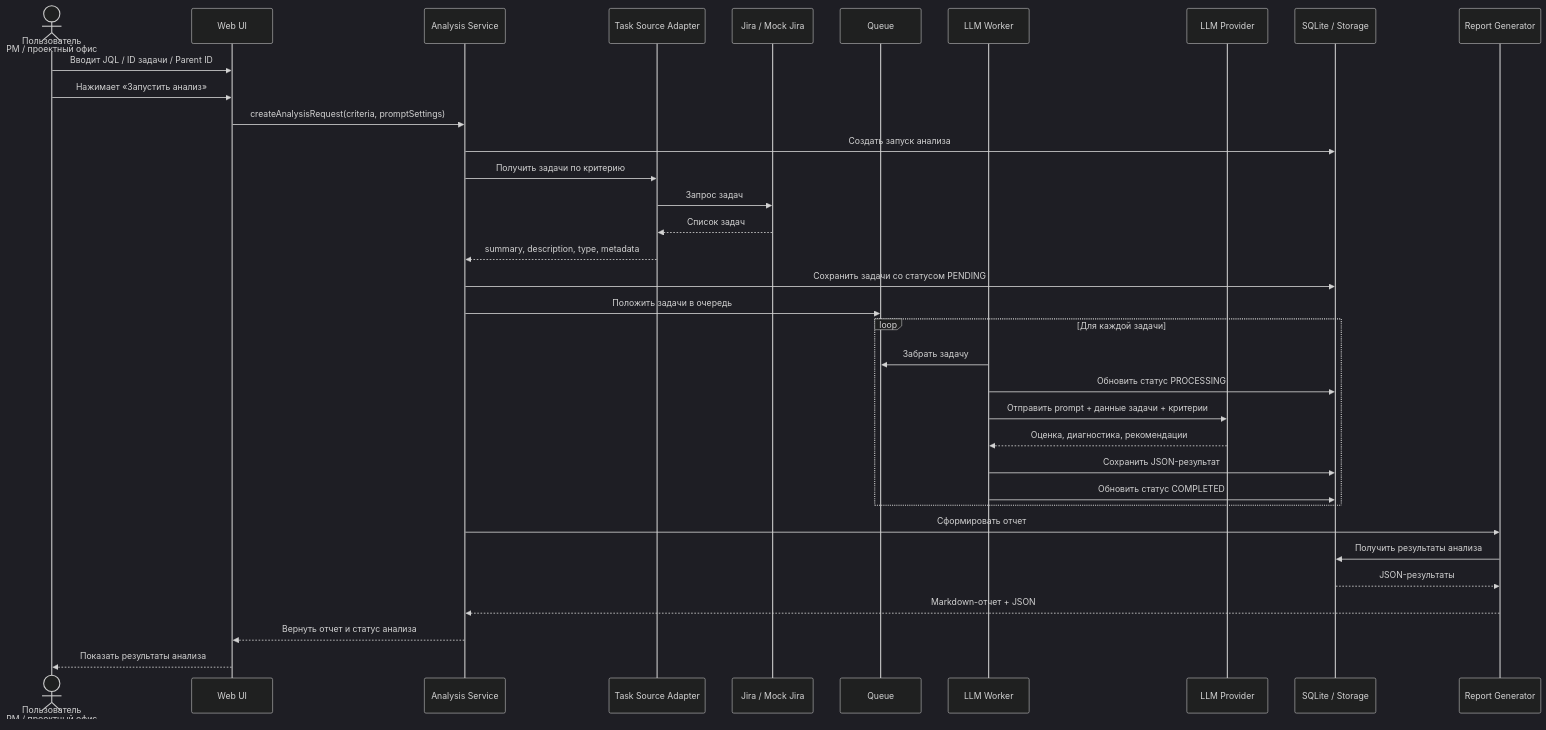
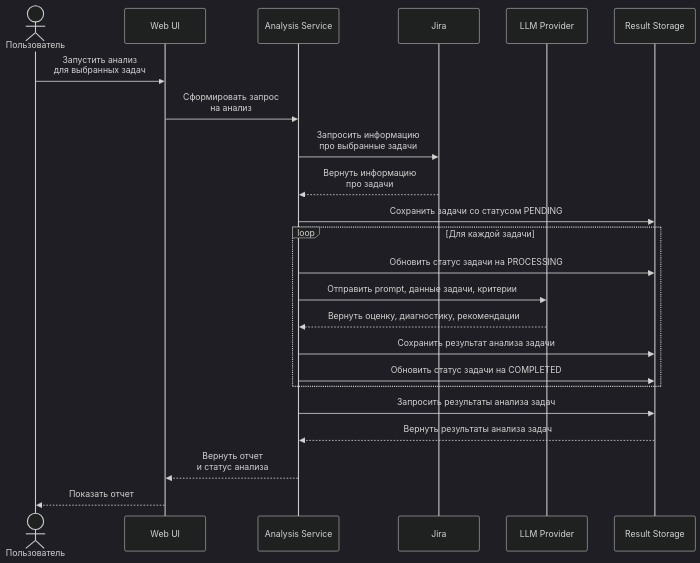
Before and after one commit to vladuslavivanov/jira_analyzer: the diagram in docs/resources/SequenceDiagram/sequance_diagram_simple.md, drawn with Mermaid (dark theme). The commit also changed 1 other file, not shown here.

Commit message:
simplify sequence diagram

````diff
--- a/docs/resources/SequenceDiagram/sequance_diagram_simple.md
+++ b/docs/resources/SequenceDiagram/sequance_diagram_simple.md
@@ -3,45 +3,33 @@
 ```mermaid
 sequenceDiagram
-    actor User as Пользователь<br/>PM / проектный офис
+    actor User as Пользователь
     participant UI as Web UI
     participant Service as Analysis Service
-    participant Adapter as Task Source Adapter
-    participant Jira as Jira / Mock Jira
-    participant Queue as Queue
-    participant Worker as LLM Worker
+    participant Jira as Jira
     participant LLM as LLM Provider
-    participant DB as SQLite / Storage
-    participant Report as Report Generator
+    participant DB as Result Storage
 
-    User->>UI: Вводит JQL / ID задачи / Parent ID
-    User->>UI: Нажимает «Запустить анализ»
+    User->>UI: Запустить анализ<br>для выбранных задач
 
-    UI->>Service: createAnalysisRequest(criteria, promptSettings)
-    Service->>DB: Создать запуск анализа
-    Service->>Adapter: Получить задачи по критерию
+    UI->>Service: Сформировать запрос<br>на анализ
+    Service->>Jira: Запросить информацию<br> про выбранные задачи
 
-    Adapter->>Jira: Запрос задач
-    Jira-->>Adapter: Список задач
-    Adapter-->>Service: summary, description, type, metadata
+    Jira-->>Service: Вернуть информацию<br>про задачи
 
     Service->>DB: Сохранить задачи со статусом PENDING
-    Service->>Queue: Положить задачи в очередь
 
     loop Для каждой задачи
-        Worker->>Queue: Забрать задачу
-        Worker->>DB: Обновить статус PROCESSING
-        Worker->>LLM: Отправить prompt + данные задачи + критерии
-        LLM-->>Worker: Оценка, диагностика, рекомендации
-        Worker->>DB: Сохранить JSON-результат
-        Worker->>DB: Обновить статус COMPLETED
+        Service->>DB: Обновить статус задачи на PROCESSING
+        Service->>LLM: Отправить prompt, данные задачи, критерии
+        LLM-->>Service: Вернуть оценку, диагностику, рекомендации
+        Service->>DB: Сохранить результат анализа задачи
+        Service->>DB: Обновить статус задачи на COMPLETED
     end
 
-    Service->>Report: Сформировать отчет
-    Report->>DB: Получить результаты анализа
-    DB-->>Report: JSON-результаты
-    Report-->>Service: Markdown-отчет + JSON
+    Service->>DB: Запросить результаты анализа задач
+    DB-->>Service: Вернуть результаты анализа задач
 
-    Service-->>UI: Вернуть отчет и статус анализа
-    UI-->>User: Показать результаты анализа
+    Service-->>UI: Вернуть отчет<br> и статус анализа
+    UI-->>User: Показать отчет
 
 ```
````
